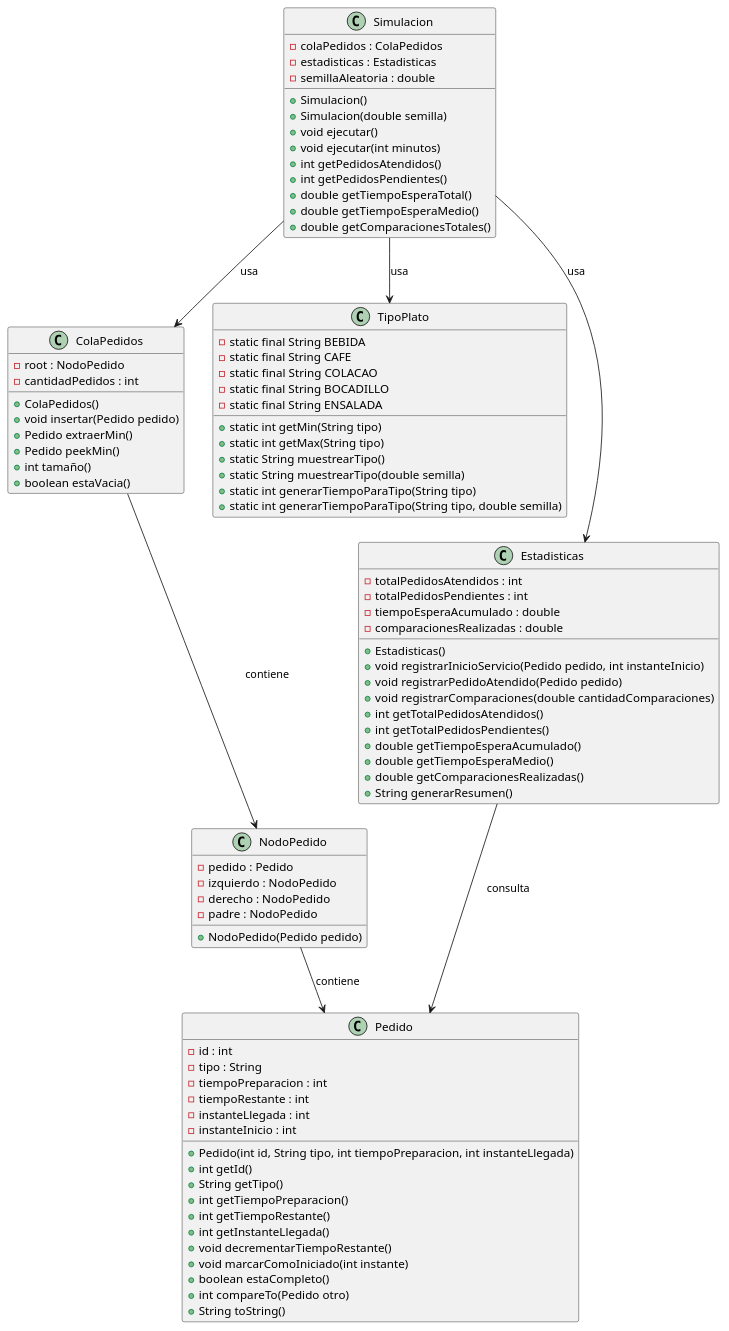
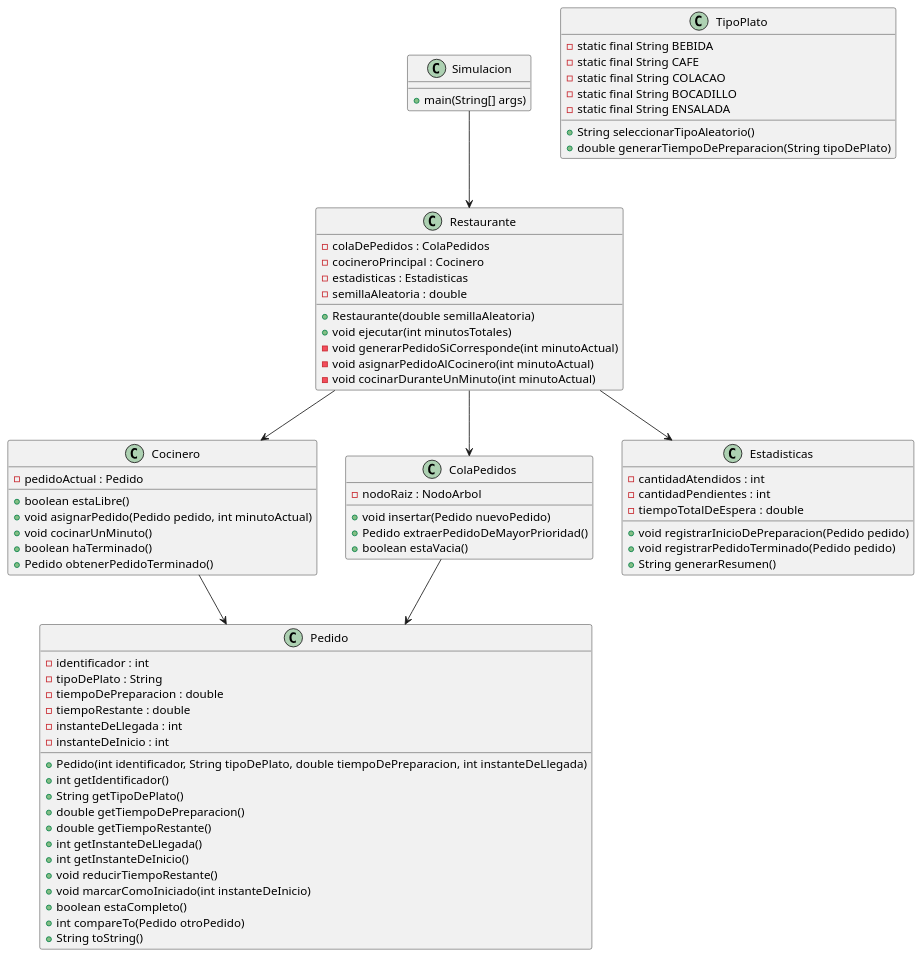
One commit to mmasias/25-26-EDA1 changed the diagram in entregas/doaltoBienvenido/documentosUML/EsquemaCocina.puml. Above: the diagram before and after it, drawn with PlantUML. The commit also changed 1 other file, not shown here.

```diff
--- a/entregas/doaltoBienvenido/documentosUML/EsquemaCocina.puml
+++ b/entregas/doaltoBienvenido/documentosUML/EsquemaCocina.puml
@@ -1,100 +1,86 @@
 @startuml Esquema
 
 ' ========================================
 ' Diagrama de clases Sistema de Cocina
 ' Implementación con Árbol Binario para ColaPedidos (SPT)
 ' ========================================
 
-class Pedido {
-    -id : int
-    -tipo : String
-    -tiempoPreparacion : int
-    -tiempoRestante : int
-    -instanteLlegada : int
-    -instanteInicio : int
-    +Pedido(int id, String tipo, int tiempoPreparacion, int instanteLlegada)
-    +int getId()
-    +String getTipo()
-    +int getTiempoPreparacion()
-    +int getTiempoRestante()
-    +int getInstanteLlegada()
-    +void decrementarTiempoRestante()
-    +void marcarComoIniciado(int instante)
-    +boolean estaCompleto()
-    +int compareTo(Pedido otro)
-    +String toString()
-}
+class Simulacion {
+        +main(String[] args)
+    }
 
-class NodoPedido {
-    -pedido : Pedido
-    -izquierdo : NodoPedido
-    -derecho : NodoPedido
-    -padre : NodoPedido
-    +NodoPedido(Pedido pedido)
-}
+    class Restaurante {
+        -colaDePedidos : ColaPedidos
+        -cocineroPrincipal : Cocinero
+        -estadisticas : Estadisticas
+        -semillaAleatoria : double
+        +Restaurante(double semillaAleatoria)
+        +void ejecutar(int minutosTotales)
+        -void generarPedidoSiCorresponde(int minutoActual)
+        -void asignarPedidoAlCocinero(int minutoActual)
+        -void cocinarDuranteUnMinuto(int minutoActual)
+    }
 
-class ColaPedidos {
-    -root : NodoPedido
-    -cantidadPedidos : int
-    +ColaPedidos()
-    +void insertar(Pedido pedido)
-    +Pedido extraerMin()
-    +Pedido peekMin()
-    +int tamaño()
-    +boolean estaVacia()
-}
+    class Cocinero {
+        -pedidoActual : Pedido
+        +boolean estaLibre()
+        +void asignarPedido(Pedido pedido, int minutoActual)
+        +void cocinarUnMinuto()
+        +boolean haTerminado()
+        +Pedido obtenerPedidoTerminado()
+    }
 
-class Simulacion {
-    -colaPedidos : ColaPedidos
-    -estadisticas : Estadisticas
-    -semillaAleatoria : double
-    +Simulacion()
-    +Simulacion(double semilla)
-    +void ejecutar()
-    +void ejecutar(int minutos)
-    +int getPedidosAtendidos()
-    +int getPedidosPendientes()
-    +double getTiempoEsperaTotal()
-    +double getTiempoEsperaMedio()
-    +double getComparacionesTotales()
-}
+    class ColaPedidos {
+        -nodoRaiz : NodoArbol
+        +void insertar(Pedido nuevoPedido)
+        +Pedido extraerPedidoDeMayorPrioridad()
+        +boolean estaVacia()
+    }
 
-class TipoPlato {
-    -static final String BEBIDA
-    -static final String CAFE
-    -static final String COLACAO
-    -static final String BOCADILLO
-    -static final String ENSALADA
-    +static int getMin(String tipo)
-    +static int getMax(String tipo)
-    +static String muestrearTipo()
-    +static String muestrearTipo(double semilla)
-    +static int generarTiempoParaTipo(String tipo)
-    +static int generarTiempoParaTipo(String tipo, double semilla)
-}
+    class Pedido {
+        -identificador : int
+        -tipoDePlato : String
+        -tiempoDePreparacion : double
+        -tiempoRestante : double
+        -instanteDeLlegada : int
+        -instanteDeInicio : int
+        +Pedido(int identificador, String tipoDePlato, double tiempoDePreparacion, int instanteDeLlegada)
+        +int getIdentificador()
+        +String getTipoDePlato()
+        +double getTiempoDePreparacion()
+        +double getTiempoRestante()
+        +int getInstanteDeLlegada()
+        +int getInstanteDeInicio()
+        +void reducirTiempoRestante()
+        +void marcarComoIniciado(int instanteDeInicio)
+        +boolean estaCompleto()
+        +int compareTo(Pedido otroPedido)
+        +String toString()
+    }
 
-class Estadisticas {
-    -totalPedidosAtendidos : int
-    -totalPedidosPendientes : int
-    -tiempoEsperaAcumulado : double
-    -comparacionesRealizadas : double
-    +Estadisticas()
-    +void registrarInicioServicio(Pedido pedido, int instanteInicio)
-    +void registrarPedidoAtendido(Pedido pedido)
-    +void registrarComparaciones(double cantidadComparaciones)
-    +int getTotalPedidosAtendidos()
-    +int getTotalPedidosPendientes()
-    +double getTiempoEsperaAcumulado()
-    +double getTiempoEsperaMedio()
-    +double getComparacionesRealizadas()
-    +String generarResumen()
-}
+    class Estadisticas {
+        -cantidadAtendidos : int
+        -cantidadPendientes : int
+        -tiempoTotalDeEspera : double
+        +void registrarInicioDePreparacion(Pedido pedido)
+        +void registrarPedidoTerminado(Pedido pedido)
+        +String generarResumen()
+    }
 
-' Relaciones
-Simulacion --> ColaPedidos : usa
-Simulacion --> Estadisticas : usa
-Simulacion --> TipoPlato : usa
-ColaPedidos --> NodoPedido : contiene
-NodoPedido --> Pedido : contiene
-Estadisticas --> Pedido : consulta
+    class TipoPlato {
+        -static final String BEBIDA
+        -static final String CAFE
+        -static final String COLACAO
+        -static final String BOCADILLO
+        -static final String ENSALADA
+        +String seleccionarTipoAleatorio()
+        +double generarTiempoDePreparacion(String tipoDePlato)
+    }
+
+    Simulacion --> Restaurante
+    Restaurante --> Cocinero
+    Restaurante --> ColaPedidos
+    Restaurante --> Estadisticas
+    ColaPedidos --> Pedido
+    Cocinero --> Pedido
 @enduml
```
